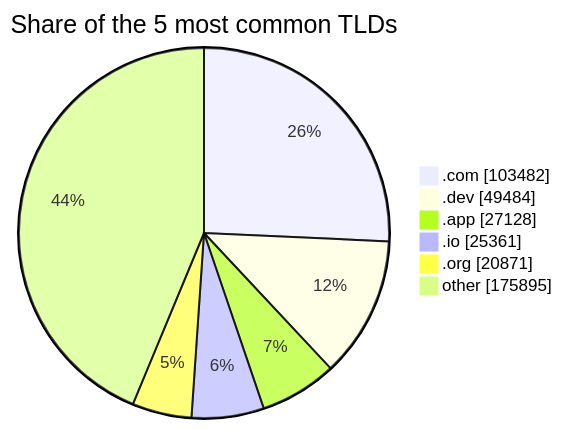
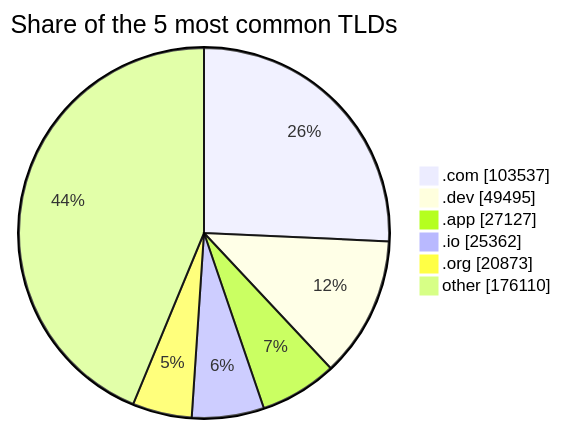
The third of 3 diagrams in README.md (DNSBunker/CTI), drawn with Mermaid before and after one commit. The commit also changed other lines of this file and 3 other files, not shown here.

````diff
--- a/README.md
+++ b/README.md
@@ -81,9 +81,9 @@
 ```mermaid
 pie showData title Share of the 5 most common TLDs
-    ".com" : 103482
-    ".dev" : 49484
-    ".app" : 27128
-    ".io" : 25361
-    ".org" : 20871
-    "other" : 175895
+    ".com" : 103537
+    ".dev" : 49495
+    ".app" : 27127
+    ".io" : 25362
+    ".org" : 20873
+    "other" : 176110
 ```
````
